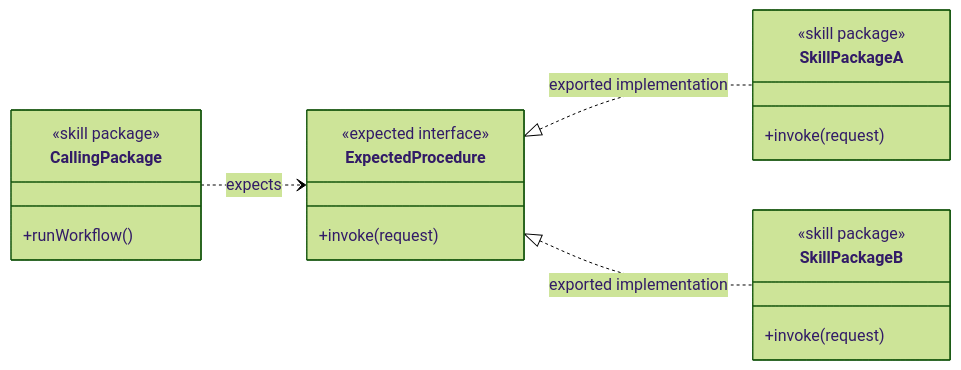
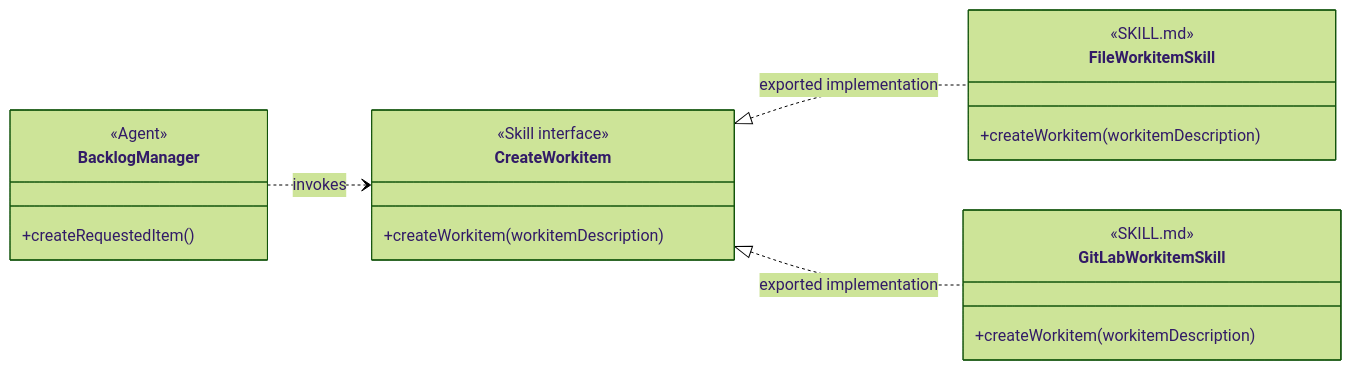
Before and after one commit to martinbechard/dev-methodology: the second of 10 diagrams in design/object-oriented-agent-and-skill-model.md, drawn with Mermaid (forest theme). The commit also changed other lines of this file and 2 other files, not shown here.

Commit message:
Clarify injectable and coupled skill model

````diff
--- a/design/object-oriented-agent-and-skill-model.md
+++ b/design/object-oriented-agent-and-skill-model.md
@@ -69,28 +81,30 @@
 ```mermaid
 classDiagram
     direction LR
 
-    class CallingPackage {
-        <<skill package>>
-        +runWorkflow()
+    class BacklogManager {
+        <<Agent>>
+        +createRequestedItem()
     }
 
-    class ExpectedProcedure {
-        <<expected interface>>
-        +invoke(request)
+    class CreateWorkitem {
+        <<Skill interface>>
+        +createWorkitem(workitemDescription)
     }
 
-    class SkillPackageA {
-        <<skill package>>
-        +invoke(request)
+    class FileWorkitemSkill {
+        <<SKILL.md>>
+        <<Injectable Skill>>
+        +createWorkitem(workitemDescription)
     }
 
-    class SkillPackageB {
-        <<skill package>>
-        +invoke(request)
+    class GitLabWorkitemSkill {
+        <<SKILL.md>>
+        <<Injectable Skill>>
+        +createWorkitem(workitemDescription)
     }
 
-    CallingPackage ..> ExpectedProcedure : expects
-    ExpectedProcedure <|.. SkillPackageA : exported implementation
-    ExpectedProcedure <|.. SkillPackageB : exported implementation
+    BacklogManager ..> CreateWorkitem : invokes
+    CreateWorkitem <|.. FileWorkitemSkill : exported implementation
+    CreateWorkitem <|.. GitLabWorkitemSkill : exported implementation
 ```
````
